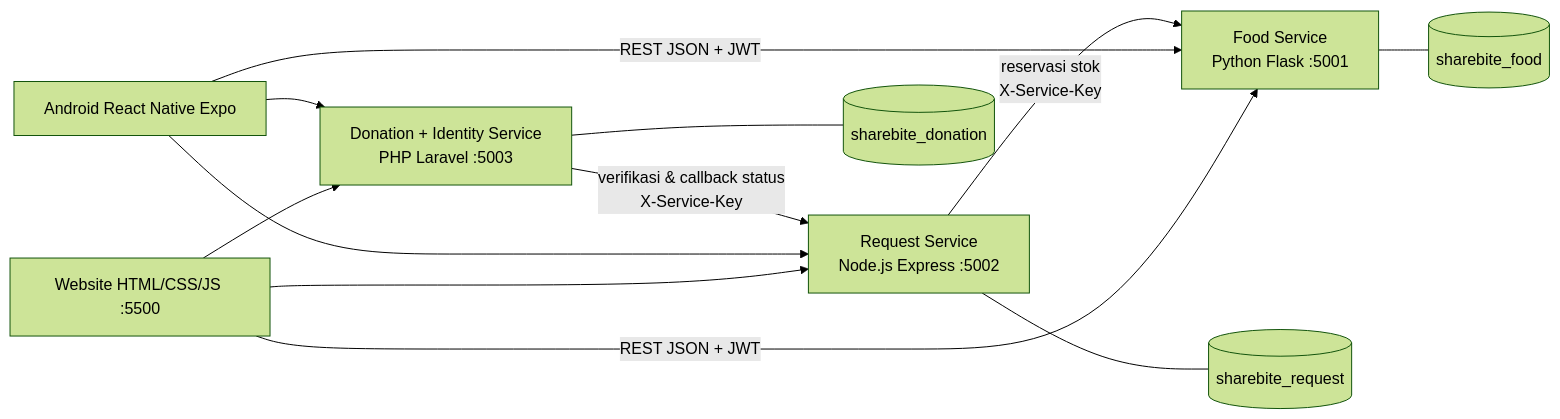
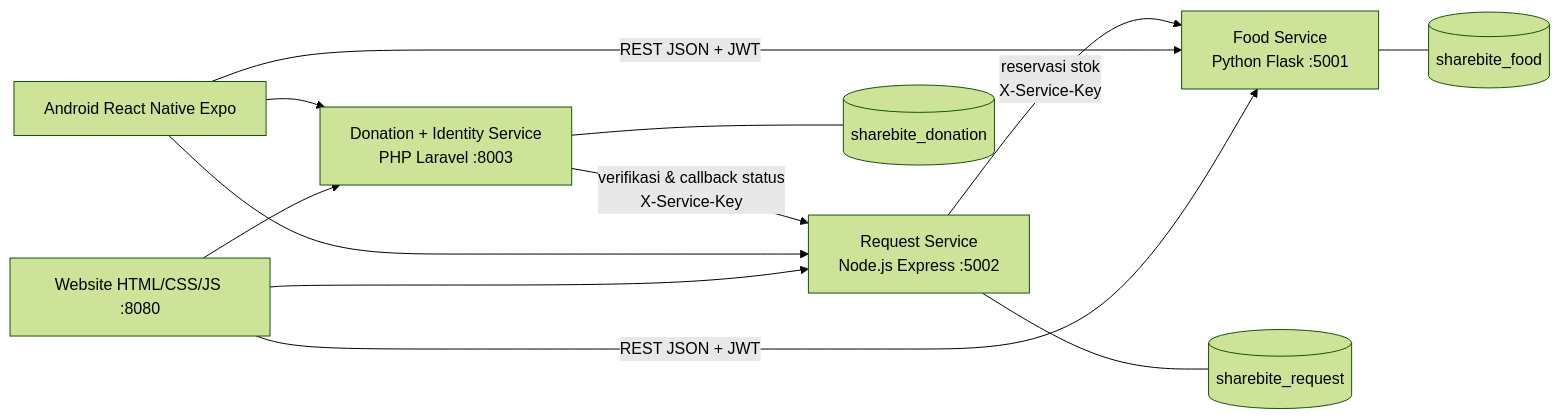
The diagram in docs/architecture.md (febrywulandari2717-wq/sharebit), drawn with Mermaid (forest theme) before and after one commit. The commit also changed other lines of this file and 143 other files, not shown here.

````diff
--- a/docs/architecture.md
+++ b/docs/architecture.md
@@ -5,14 +5,14 @@
 ```mermaid
 flowchart LR
-  W[Website HTML/CSS/JS :5500] -->|REST JSON + JWT| F
+  W[Website HTML/CSS/JS :8080] -->|REST JSON + JWT| F
   W --> R
   W --> D
   A[Android React Native Expo] -->|REST JSON + JWT| F
   A --> R
   A --> D
   F[Food Service<br/>Python Flask :5001] --- FD[(sharebite_food)]
   R[Request Service<br/>Node.js Express :5002] --- RD[(sharebite_request)]
-  D[Donation + Identity Service<br/>PHP Laravel :5003] --- DD[(sharebite_donation)]
+  D[Donation + Identity Service<br/>PHP Laravel :8003] --- DD[(sharebite_donation)]
   R -->|reservasi stok<br/>X-Service-Key| F
   D -->|verifikasi & callback status<br/>X-Service-Key| R
 ```
````
